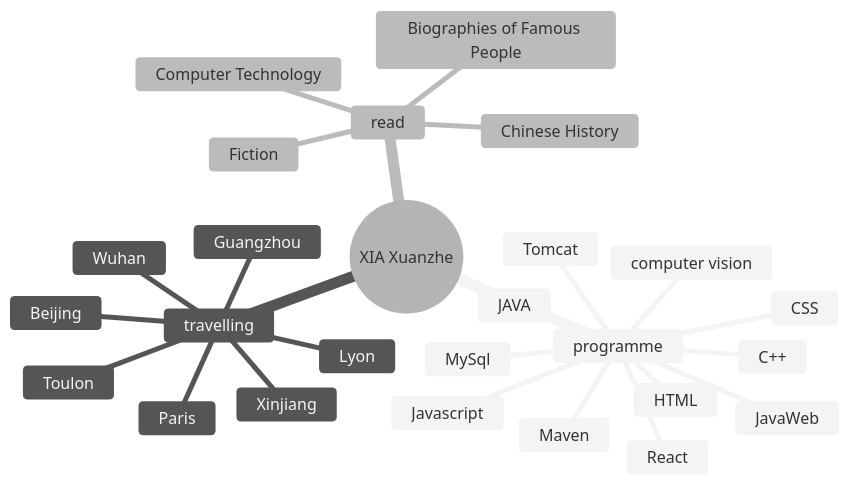
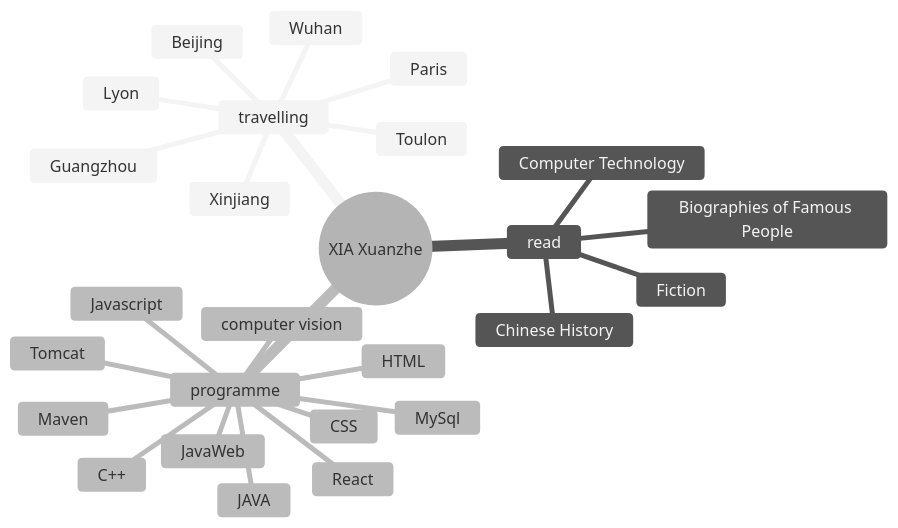
Before and after one commit to XIAxuanzheFrancis/XIAxuanzheFrancis: the diagram in readme.md, drawn with Mermaid (neutral theme). The commit also changed other lines of this file, not shown here.

````diff
--- a/readme.md
+++ b/readme.md
@@ -59,29 +59,29 @@
 ```mermaid
 mindmap
   root((XIA Xuanzhe))
-    programme
-      JAVA
-      C++
-      computer vision
-      HTML
-      CSS
-      Javascript
-      React
-      JavaWeb
-      MySql
-      Maven
-      Tomcat
     travelling
         Beijing
         Xinjiang
         Guangzhou
         Wuhan
         Paris
         Lyon
         Toulon
     read
         Chinese History
         Biographies of Famous People
         Computer Technology
         Fiction
+    programme
+      JAVA
+      C++
+      computer vision
+      HTML
+      CSS
+      Javascript
+      React
+      JavaWeb
+      MySql
+      Maven
+      Tomcat
 ```
````
